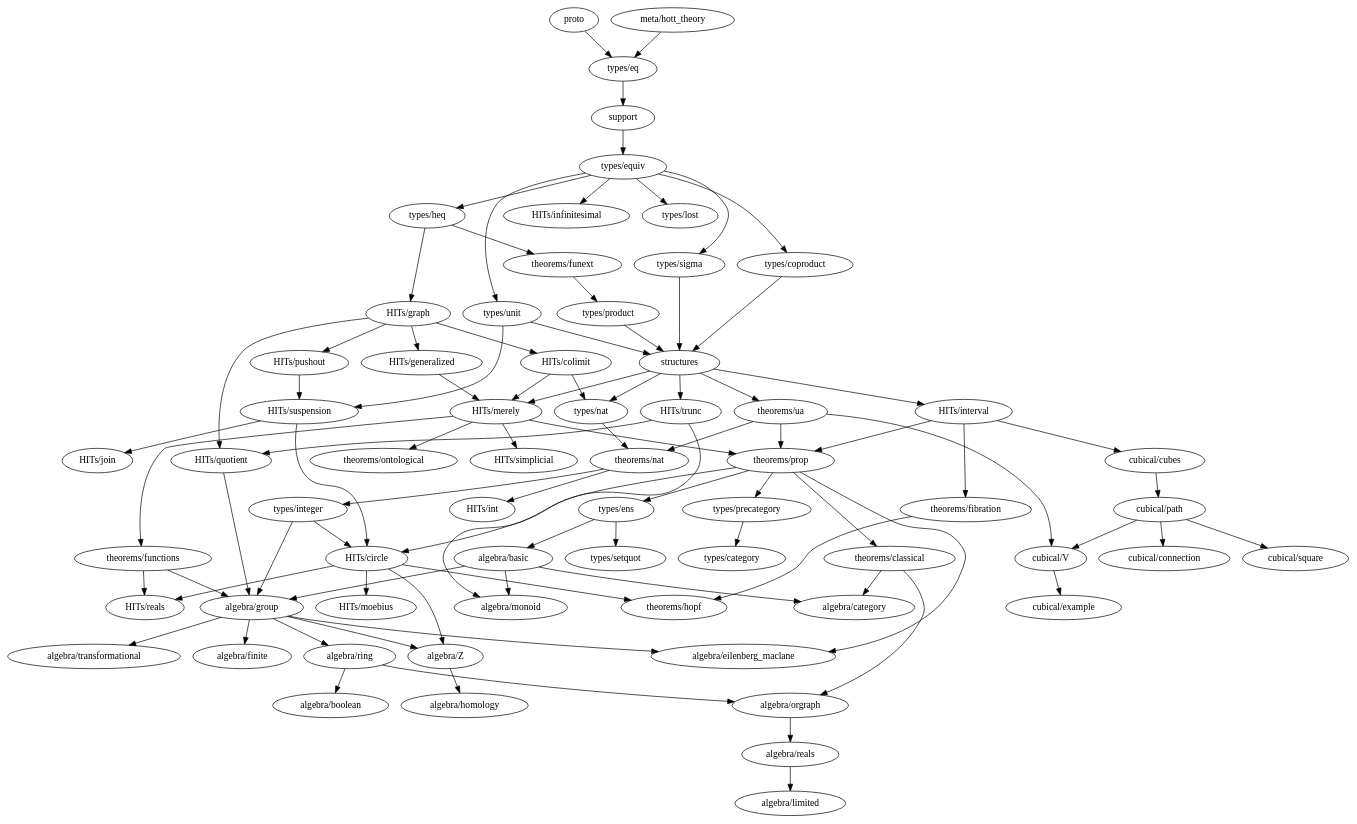
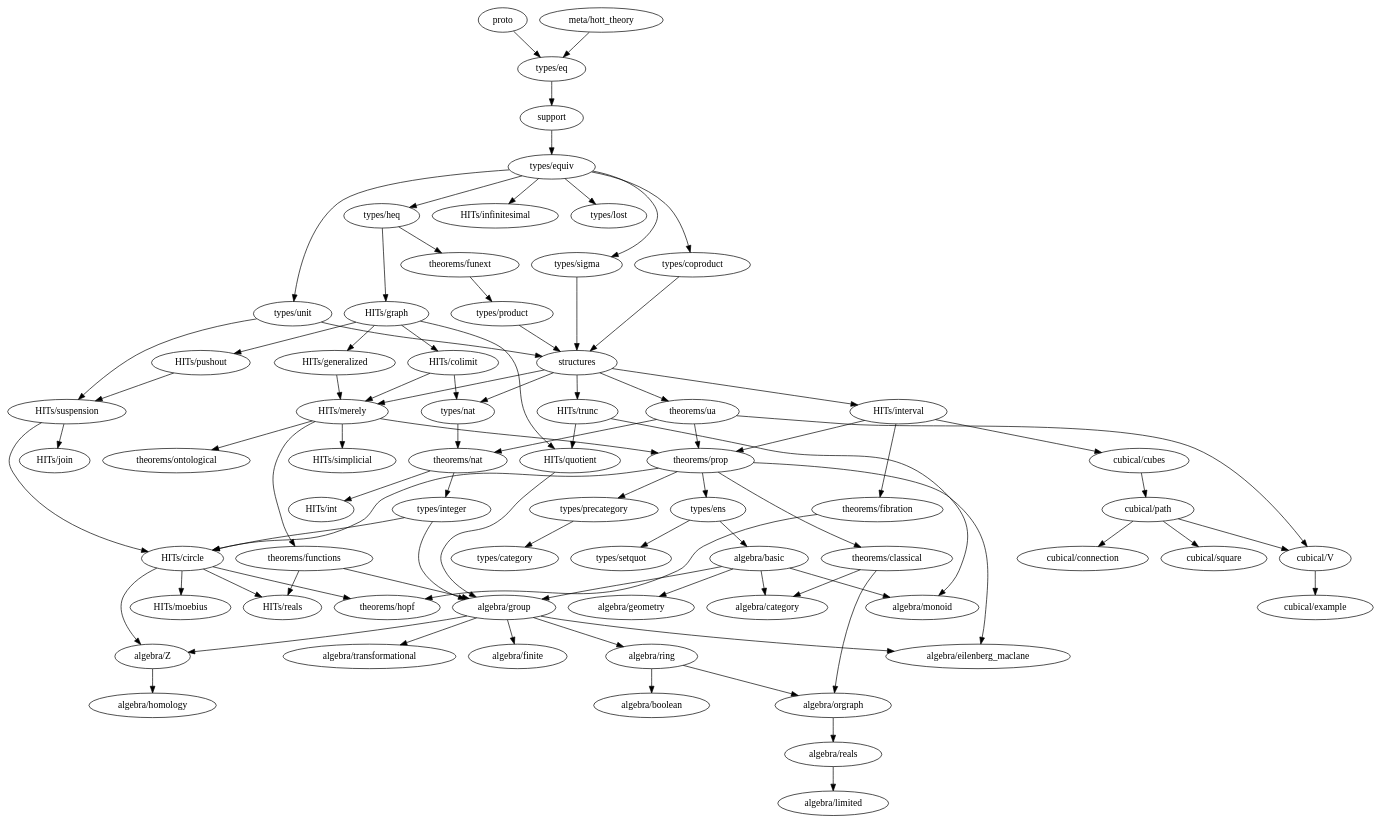
Before and after one commit to forked-from-1kasper/ground_zero: the diagram in dependency-map.gv, drawn with Graphviz. The commit also changed 2 other files, not shown here.

```diff
--- a/dependency-map.gv
+++ b/dependency-map.gv
@@ -1,138 +1,139 @@
 digraph dependency_map {
   proto -> "types/eq"
   "meta/hott_theory" -> "types/eq"
   support -> "types/equiv"
   structures -> {
     "HITs/interval",
     "HITs/merely",
     "HITs/trunc",
     "types/nat",
     "theorems/ua"
   }
 
   subgraph algebra {
-    "algebra/basic" -> { "algebra/category", "algebra/monoid", "algebra/group" }
+    "algebra/basic" -> { "algebra/category", "algebra/monoid", "algebra/geometry", "algebra/group" }
     "algebra/boolean"
     "algebra/category"
     "algebra/eilenberg_maclane"
     "algebra/finite"
+    "algebra/geometry"
     "algebra/group" -> {
       "algebra/eilenberg_maclane",
       "algebra/finite",
       "algebra/ring",
       "algebra/transformational",
       "algebra/Z"
     }
     "algebra/homology"
     "algebra/limited"
     "algebra/monoid"
     "algebra/orgraph" -> { "algebra/reals" }
     "algebra/reals" -> { "algebra/limited" }
     "algebra/ring" -> { "algebra/boolean", "algebra/orgraph" }
     "algebra/transformational"
     "algebra/Z" -> { "algebra/homology" }
   }
 
   subgraph types {
     "types/category"
     "types/coproduct" -> { structures }
     "types/eq" -> { support }
     "types/ens" -> { "algebra/basic", "types/setquot" }
     "types/equiv" -> {
       "types/heq",
       "HITs/infinitesimal",
       "types/coproduct",
       "types/lost",
       "types/unit",
       "types/sigma"
     }
     "types/heq" -> {
       "HITs/graph", "theorems/funext"
     }
     "types/integer" -> {
       "algebra/group",
       "HITs/circle"
     }
     "types/lost"
     "types/nat" -> { "theorems/nat" }
     "types/precategory" -> { "types/category" }
     "types/product" -> { structures }
     "types/setquot"
     "types/sigma" -> { structures }
     "types/unit" -> { structures, "HITs/suspension" }
   }
 
   subgraph HITs {
     "HITs/circle" -> {
       "algebra/Z",
       "theorems/hopf",
       "HITs/moebius",
       "HITs/reals"
     }
     "HITs/colimit" -> { "HITs/merely", "types/nat" }
     "HITs/generalized" -> "HITs/merely"
     "HITs/graph" -> {
       "HITs/colimit",
       "HITs/generalized",
       "HITs/pushout",
       "HITs/quotient"
     }
     "HITs/infinitesimal"
     "HITs/interval" -> {
       "cubical/cubes",
       "theorems/prop",
       "theorems/fibration"
     }
     "HITs/join"
     "HITs/merely" -> {
       "theorems/ontological",
       "theorems/prop",
       "HITs/simplicial",
       "theorems/functions"
     }
     "HITs/moebius"
     "HITs/pushout" -> {
       "HITs/suspension"
     }
     "HITs/quotient" -> { "algebra/group" }
     "HITs/reals"
     "HITs/simplicial"
     "HITs/suspension" -> { "HITs/circle", "HITs/join" }
     "HITs/trunc" -> { "algebra/monoid", "HITs/quotient" }
   }
 
   subgraph cubical {
     "cubical/connection"
     "cubical/cubes" -> "cubical/path"
     "cubical/example"
     "cubical/path" -> {
       "cubical/square",
       "cubical/V",
       "cubical/connection"
     }
     "cubical/square"
     "cubical/V" -> { "cubical/example" }
   }
 
   subgraph theorems {
     "theorems/classical" -> { "algebra/category", "algebra/orgraph" }
     "theorems/fibration" -> { "theorems/hopf" }
     "theorems/functions" -> { "HITs/reals", "algebra/group" }
     "theorems/funext" -> { "types/product" }
     "theorems/hopf"
     "theorems/ontological"
     "theorems/nat" -> { "HITs/int", "types/integer" }
     "theorems/prop" -> {
       "algebra/eilenberg_maclane",
       "HITs/circle",
       "types/ens",
       "types/precategory",
       "theorems/classical"
     }
     "theorems/ua" -> {
       "theorems/nat",
       "theorems/prop",
       "cubical/V"
     }
   }
 }
```
